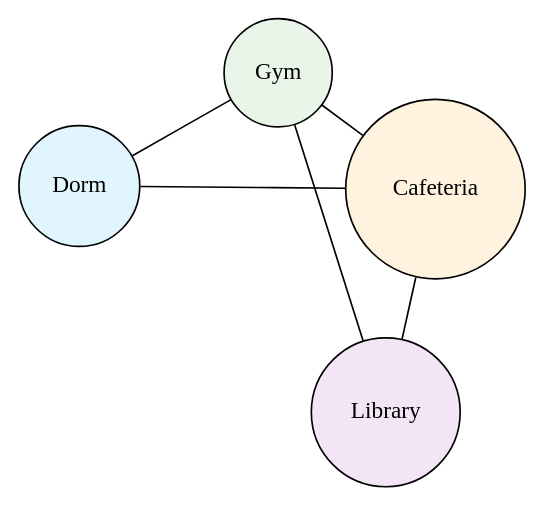
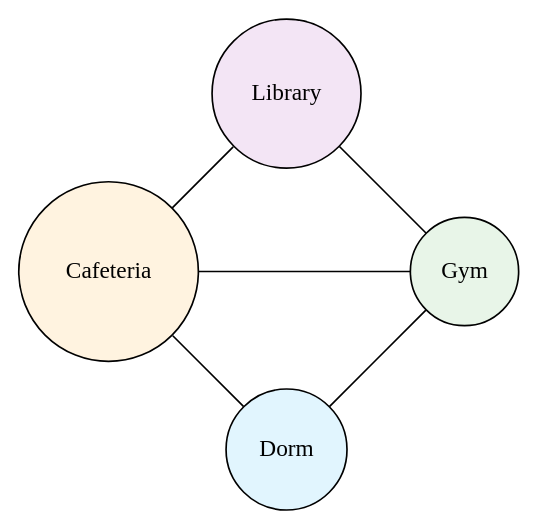
The fourth of 7 diagrams in docs/slide/m01/slide01.qmd (skojaku/adv-net-sci), drawn with Graphviz before and after one commit. The commit also changed other lines of this file, not shown here.

````diff
--- a/docs/slide/m01/slide01.qmd
+++ b/docs/slide/m01/slide01.qmd
@@ -910,22 +901,22 @@
 ```{dot}
 //| fig-width: 4
 //| fig-height: 6
 //| fig-align: center
 graph Campus {
-  layout=neato
+  layout=circo
   overlap=false
-  sep =0.5
+  sep =0.3
   // Campus locations
   Dorm [shape=circle, fillcolor="#e1f5fe", style="filled", label="Dorm"];
   Cafe [shape=circle, fillcolor="#fff3e0", style="filled", label="Cafeteria"];
   Lib [shape=circle, fillcolor="#f3e5f5", style="filled", label="Library"];
   Gym [shape=circle, fillcolor="#e8f5e8", style="filled", label="Gym"];
 
   // Walkways
   Dorm -- Cafe;
   Cafe -- Lib;
   Lib -- Gym;
   Gym -- Dorm;
   Cafe -- Gym;
 }
 ```
````
